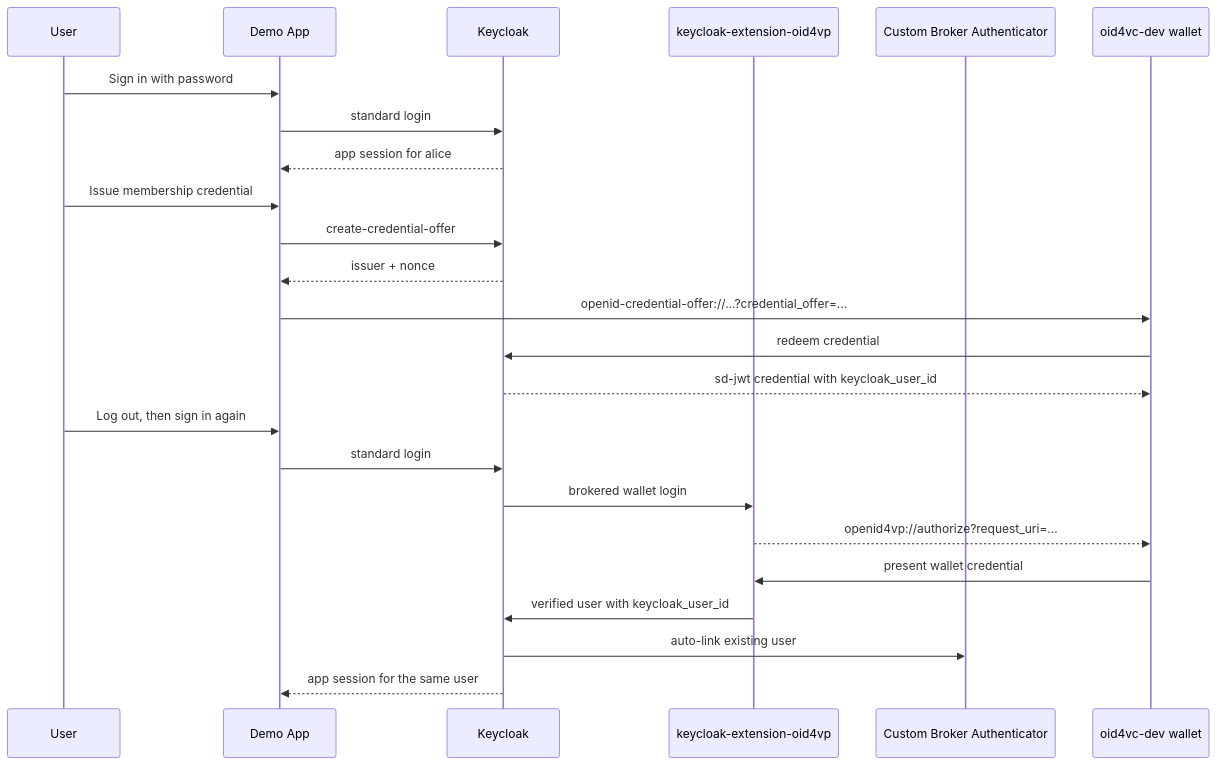
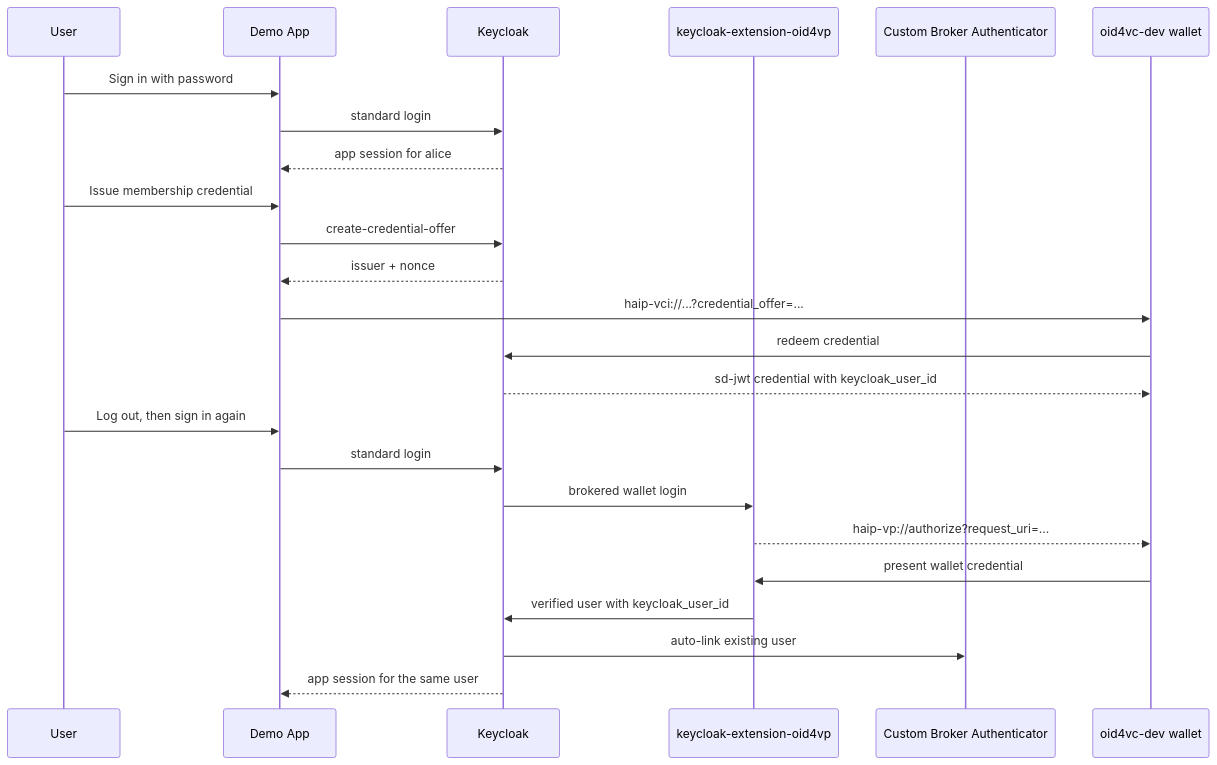
Before and after one commit to dominikschlosser/eudi-dev: the first of 3 diagrams in examples/keycloak-issuer-verifier-app/README.md, drawn with Mermaid. The commit also changed other lines of this file and 16 other files, not shown here.

````diff
--- a/examples/keycloak-issuer-verifier-app/README.md
+++ b/examples/keycloak-issuer-verifier-app/README.md
@@ -38,28 +38,28 @@
 ```mermaid
 sequenceDiagram
     participant U as User
     participant APP as Demo App
     participant KC as Keycloak
     participant EXT as keycloak-extension-oid4vp
     participant BROKER as Custom Broker Authenticator
     participant W as oid4vc-dev wallet
 
     U->>APP: Sign in with password
     APP->>KC: standard login
     KC-->>APP: app session for alice
     U->>APP: Issue membership credential
     APP->>KC: create-credential-offer
     KC-->>APP: issuer + nonce
-    APP->>W: openid-credential-offer://...?credential_offer=...
+    APP->>W: haip-vci://...?credential_offer=...
     W->>KC: redeem credential
     KC-->>W: sd-jwt credential with keycloak_user_id
 
     U->>APP: Log out, then sign in again
     APP->>KC: standard login
     KC->>EXT: brokered wallet login
-    EXT-->>W: openid4vp://authorize?request_uri=...
+    EXT-->>W: haip-vp://authorize?request_uri=...
     W->>EXT: present wallet credential
     EXT->>KC: verified user with keycloak_user_id
     KC->>BROKER: auto-link existing user
     KC-->>APP: app session for the same user
 ```
````
